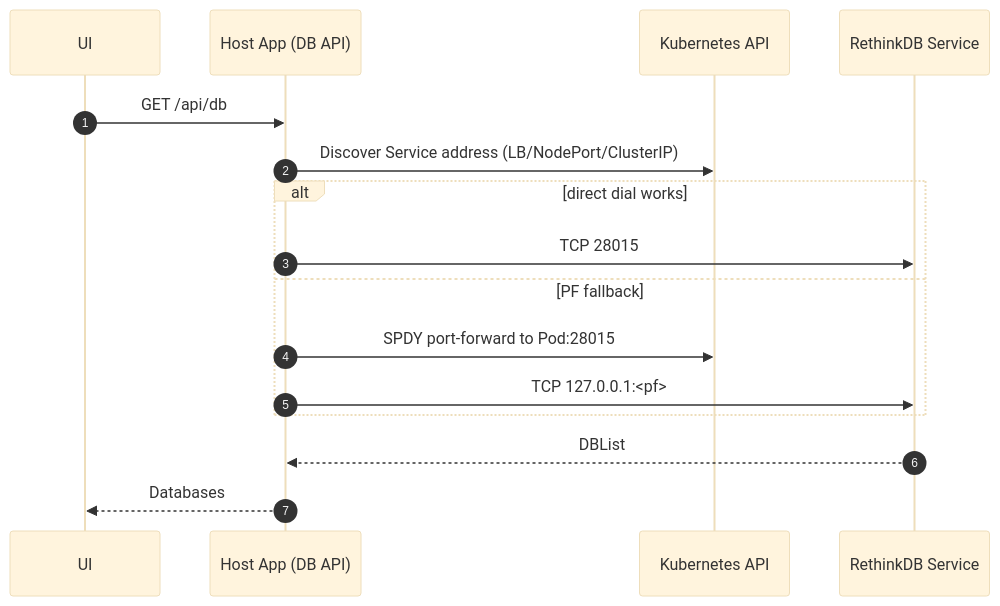
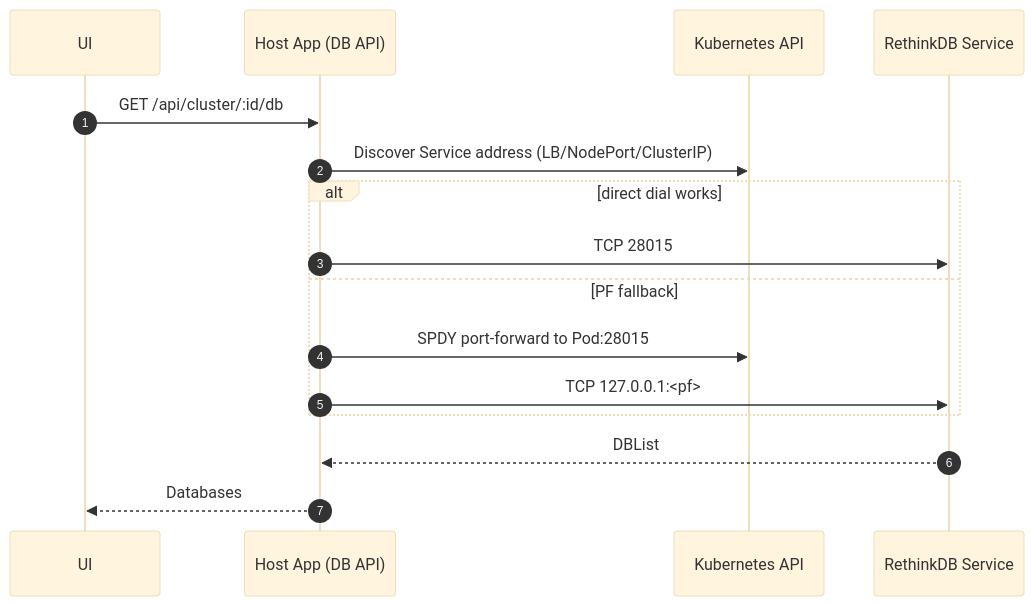
The fourth of 4 diagrams in architecture.md (docxology/GuildNet), drawn with Mermaid (base theme) before and after one commit. The commit also changed other lines of this file and 22 other files, not shown here.

First line of the commit message:
feat: Refactor API endpoints to be cluster-scoped

````diff
--- a/architecture.md
+++ b/architecture.md
@@ -152,19 +152,19 @@
 ```mermaid
 sequenceDiagram
   autonumber
   participant U as UI
   participant B as Host App (DB API)
   participant K as Kubernetes API
   participant R as RethinkDB Service
 
-  U->>B: GET /api/db
+  U->>B: GET /api/cluster/:id/db
   B->>K: Discover Service address (LB/NodePort/ClusterIP)
   alt direct dial works
     B->>R: TCP 28015
   else PF fallback
     B->>K: SPDY port-forward to Pod:28015
     B->>R: TCP 127.0.0.1:<pf>
   end
   R-->>B: DBList
   B-->>U: Databases
 ```
````
